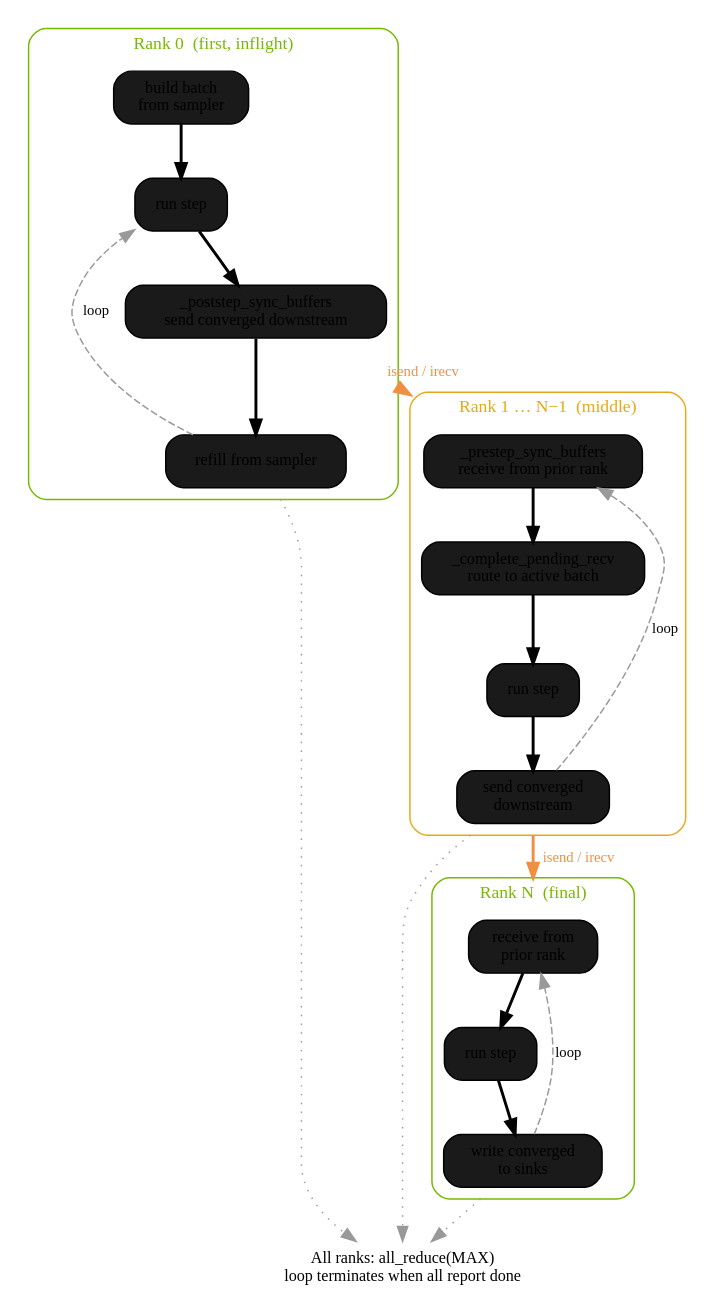
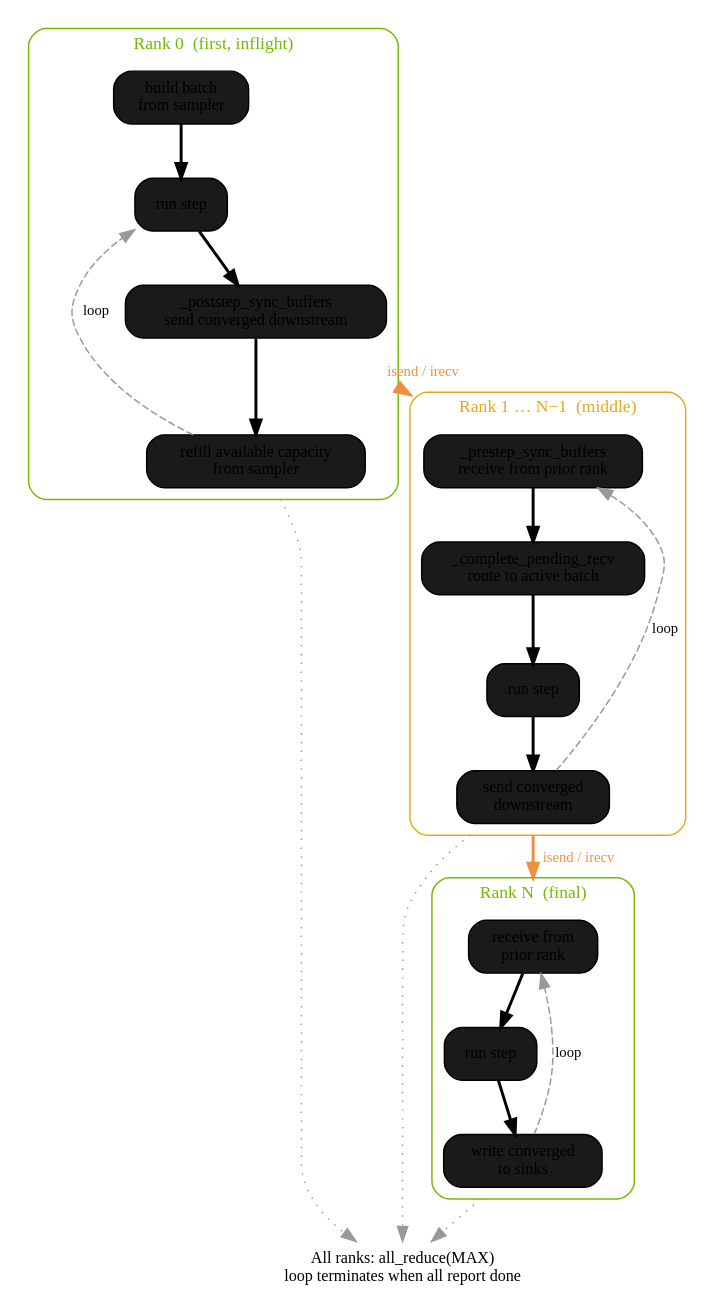
The fourth of 4 diagrams in docs/modules/dynamics/buffers_and_data_flow.rst (NVIDIA/nvalchemi-toolkit), drawn with Graphviz before and after one commit. The commit also changed other lines of this file and 14 other files, not shown here.

```diff
--- a/docs/modules/dynamics/buffers_and_data_flow.rst
+++ b/docs/modules/dynamics/buffers_and_data_flow.rst
@@ -363,66 +374,66 @@
 .. graphviz::
    :caption: DistributedPipeline lifecycle across multiple ranks.
 
    digraph distributed_lifecycle {
        rankdir=TB
        compound=true
        node [fontsize=11 shape=box style="rounded,filled" fillcolor="#1a1a1a"]
        edge [fontsize=10]
 
        subgraph cluster_rank0 {
            label="Rank 0  (first, inflight)"
            style=rounded
            color="#76b900"
            fontcolor="#76b900"
            fontsize=12
 
            r0_build  [label="build batch\nfrom sampler"]
            r0_step   [label="run step"]
            r0_send   [label="_poststep_sync_buffers\nsend converged downstream"]
-           r0_refill [label="refill from sampler"]
+           r0_refill [label="refill available capacity\nfrom sampler"]
 
            r0_build -> r0_step -> r0_send -> r0_refill [style=bold]
            r0_refill -> r0_step [label="loop" style=dashed color="#999999"]
        }
 
        subgraph cluster_mid {
            label="Rank 1 … N−1  (middle)"
            style=rounded
            color="#e6a817"
            fontcolor="#e6a817"
            fontsize=12
 
            rm_recv [label="_prestep_sync_buffers\nreceive from prior rank"]
            rm_route [label="_complete_pending_recv\nroute to active batch"]
            rm_step [label="run step"]
            rm_send [label="send converged\ndownstream"]
 
            rm_recv -> rm_route -> rm_step -> rm_send [style=bold]
            rm_send -> rm_recv [label="loop" style=dashed color="#999999"]
        }
 
        subgraph cluster_rankN {
            label="Rank N  (final)"
            style=rounded
            color="#76b900"
            fontcolor="#76b900"
            fontsize=12
 
            rn_recv [label="receive from\nprior rank"]
            rn_step [label="run step"]
            rn_sink [label="write converged\nto sinks"]
 
            rn_recv -> rn_step -> rn_sink [style=bold]
            rn_sink -> rn_recv [label="loop" style=dashed color="#999999"]
        }
 
        r0_send -> rm_recv [label="isend / irecv" style=bold color="#ee9040" fontcolor="#ee9040" penwidth=2
                             ltail=cluster_rank0 lhead=cluster_mid]
        rm_send -> rn_recv [label="isend / irecv" style=bold color="#ee9040" fontcolor="#ee9040" penwidth=2
                             ltail=cluster_mid lhead=cluster_rankN]
 
        allreduce [label="All ranks: all_reduce(MAX)\nloop terminates when all report done" shape=plaintext fillcolor=none style=""]
        r0_refill -> allreduce [style=dotted color="#999999" ltail=cluster_rank0]
        rm_send   -> allreduce [style=dotted color="#999999" ltail=cluster_mid]
        rn_sink   -> allreduce [style=dotted color="#999999" ltail=cluster_rankN]
    }
```
